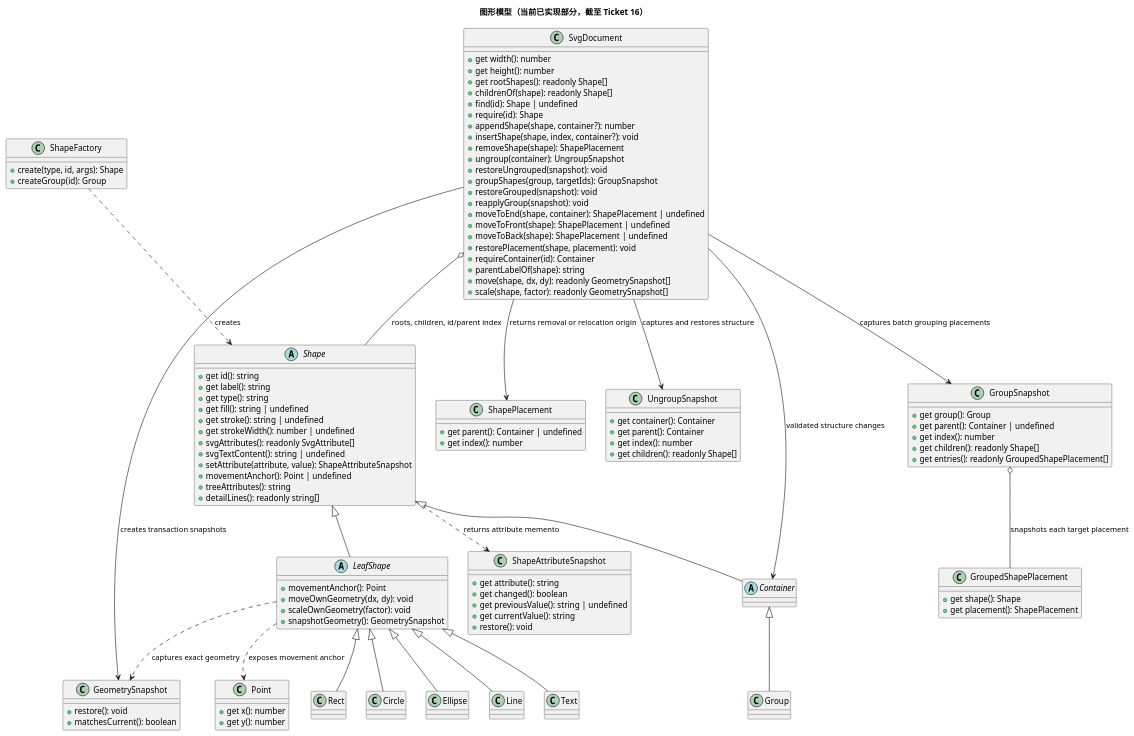
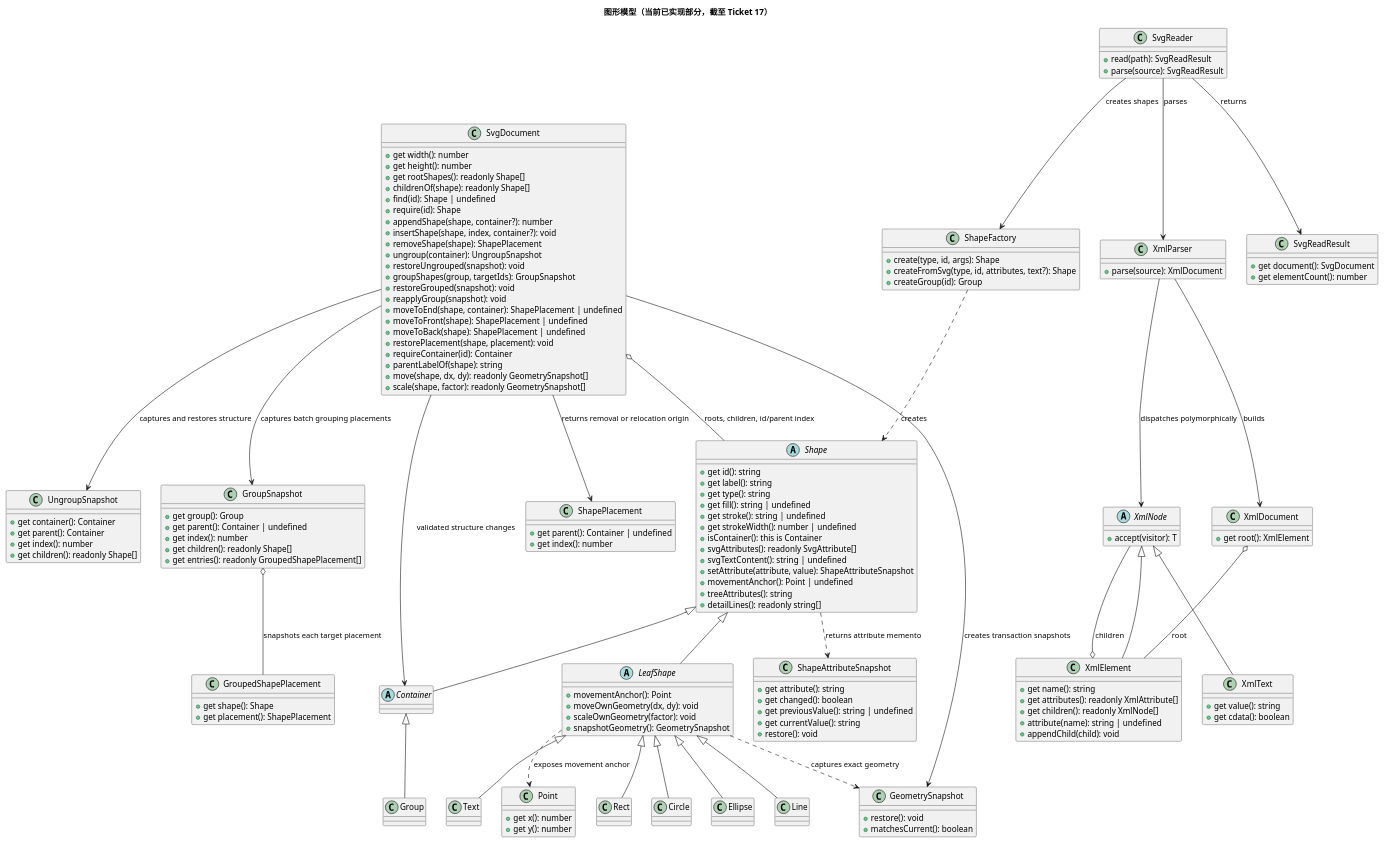
One commit to NQC233/svg-editor-lab1 changed the first of 2 diagrams in doc/class-model.puml. Above: the diagram before and after it, drawn with PlantUML. The commit also changed other lines of this file and 5 other files, not shown here.

```diff
--- a/doc/class-model.puml
+++ b/doc/class-model.puml
@@ -1,126 +1,172 @@
 @startuml
-title 图形模型（当前已实现部分，截至 Ticket 16）
+title 图形模型（当前已实现部分，截至 Ticket 17）
 
 abstract class Shape {
   +get id(): string
   +get label(): string
   +get type(): string
   +get fill(): string | undefined
   +get stroke(): string | undefined
   +get strokeWidth(): number | undefined
+  +isContainer(): this is Container
   +svgAttributes(): readonly SvgAttribute[]
   +svgTextContent(): string | undefined
   +setAttribute(attribute, value): ShapeAttributeSnapshot
   +movementAnchor(): Point | undefined
   +treeAttributes(): string
   +detailLines(): readonly string[]
 }
 
 abstract class LeafShape {
   +movementAnchor(): Point
   +moveOwnGeometry(dx, dy): void
   +scaleOwnGeometry(factor): void
   +snapshotGeometry(): GeometrySnapshot
 }
 
 abstract class Container
 
 class Group
 class Rect
 class Circle
 class Ellipse
 class Line
 class Text
 class GeometrySnapshot {
   +restore(): void
   +matchesCurrent(): boolean
 }
 
 class ShapeAttributeSnapshot {
   +get attribute(): string
   +get changed(): boolean
   +get previousValue(): string | undefined
   +get currentValue(): string
   +restore(): void
 }
 
 class Point {
   +get x(): number
   +get y(): number
 }
 
 class ShapePlacement {
   +get parent(): Container | undefined
   +get index(): number
 }
 
 class UngroupSnapshot {
   +get container(): Container
   +get parent(): Container
   +get index(): number
   +get children(): readonly Shape[]
 }
 
 class GroupSnapshot {
   +get group(): Group
   +get parent(): Container | undefined
   +get index(): number
   +get children(): readonly Shape[]
   +get entries(): readonly GroupedShapePlacement[]
 }
 
 class GroupedShapePlacement {
   +get shape(): Shape
   +get placement(): ShapePlacement
 }
 
 class SvgDocument {
   +get width(): number
   +get height(): number
   +get rootShapes(): readonly Shape[]
   +childrenOf(shape): readonly Shape[]
   +find(id): Shape | undefined
   +require(id): Shape
   +appendShape(shape, container?): number
   +insertShape(shape, index, container?): void
   +removeShape(shape): ShapePlacement
   +ungroup(container): UngroupSnapshot
   +restoreUngrouped(snapshot): void
   +groupShapes(group, targetIds): GroupSnapshot
   +restoreGrouped(snapshot): void
   +reapplyGroup(snapshot): void
   +moveToEnd(shape, container): ShapePlacement | undefined
   +moveToFront(shape): ShapePlacement | undefined
   +moveToBack(shape): ShapePlacement | undefined
   +restorePlacement(shape, placement): void
   +requireContainer(id): Container
   +parentLabelOf(shape): string
   +move(shape, dx, dy): readonly GeometrySnapshot[]
   +scale(shape, factor): readonly GeometrySnapshot[]
 }
 
 class ShapeFactory {
   +create(type, id, args): Shape
+  +createFromSvg(type, id, attributes, text?): Shape
   +createGroup(id): Group
+}
+
+abstract class XmlNode {
+  +accept(visitor): T
+}
+
+class XmlElement {
+  +get name(): string
+  +get attributes(): readonly XmlAttribute[]
+  +get children(): readonly XmlNode[]
+  +attribute(name): string | undefined
+  +appendChild(child): void
+}
+
+class XmlText {
+  +get value(): string
+  +get cdata(): boolean
+}
+
+class XmlDocument {
+  +get root(): XmlElement
+}
+
+class XmlParser {
+  +parse(source): XmlDocument
+}
+
+class SvgReader {
+  +read(path): SvgReadResult
+  +parse(source): SvgReadResult
+}
+
+class SvgReadResult {
+  +get document(): SvgDocument
+  +get elementCount(): number
 }
 
 Shape <|-- LeafShape
 Shape <|-- Container
 Container <|-- Group
 LeafShape <|-- Rect
 LeafShape <|-- Circle
 LeafShape <|-- Ellipse
 LeafShape <|-- Line
 LeafShape <|-- Text
 SvgDocument o-- Shape : roots, children, id/parent index
 SvgDocument --> Container : validated structure changes
 SvgDocument --> GeometrySnapshot : creates transaction snapshots
 SvgDocument --> ShapePlacement : returns removal or relocation origin
 SvgDocument --> UngroupSnapshot : captures and restores structure
 SvgDocument --> GroupSnapshot : captures batch grouping placements
 GroupSnapshot o-- GroupedShapePlacement : snapshots each target placement
 LeafShape ..> GeometrySnapshot : captures exact geometry
 LeafShape ..> Point : exposes movement anchor
 ShapeFactory ..> Shape : creates
 Shape ..> ShapeAttributeSnapshot : returns attribute memento
+XmlNode <|-- XmlElement
+XmlNode <|-- XmlText
+XmlElement o-- XmlNode : children
+XmlDocument o-- XmlElement : root
+XmlParser --> XmlDocument : builds
+XmlParser --> XmlNode : dispatches polymorphically
+SvgReader --> XmlParser : parses
+SvgReader --> ShapeFactory : creates shapes
+SvgReader --> SvgReadResult : returns
 @enduml
```
